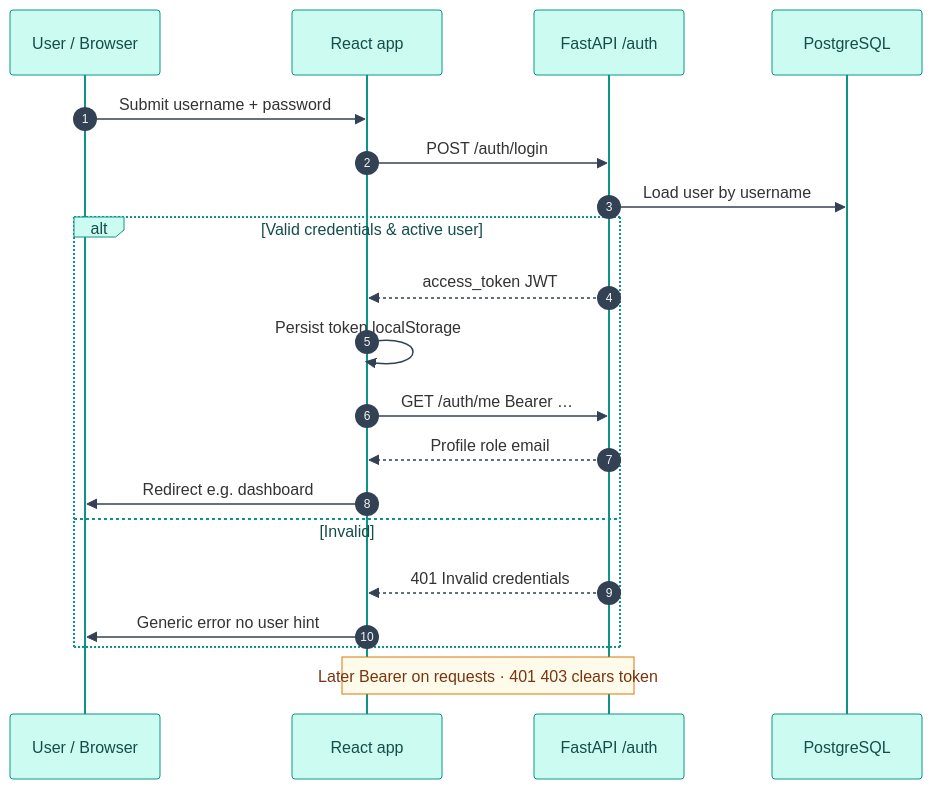
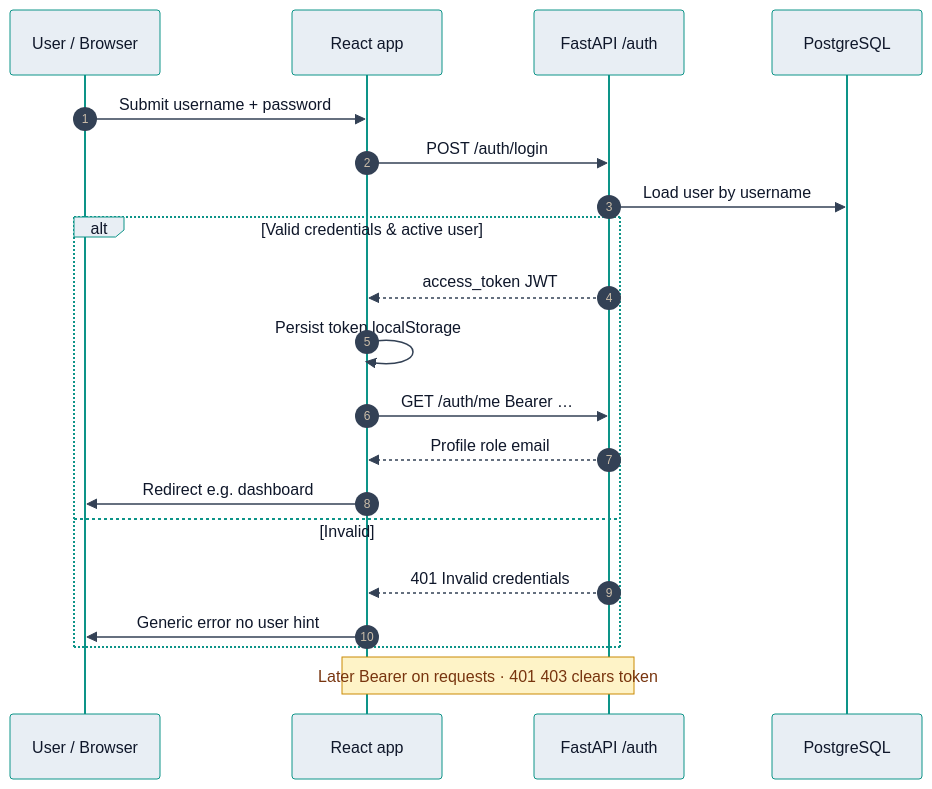
One commit to dhanyakini/PharmAI-Chain changed the second of 7 diagrams in docs/FLOWCHARTS.md. Above: the diagram before and after it, drawn with Mermaid. The commit also changed other lines of this file and 1 other file, not shown here.

Commit message:
Update FLOWCHARTS.md and mermaid-config.json to standardize color palette and improve diagram styling for better visual consistency

````diff
--- a/docs/FLOWCHARTS.md
+++ b/docs/FLOWCHARTS.md
@@ -55,25 +57,25 @@
 ```mermaid
-%%{init: {'theme':'base','themeVariables':{'primaryColor':'#0d9488','actorBkg':'#ccfbf1','actorBorder':'#0d9488','actorTextColor':'#134e4a','noteBkgColor':'#fffbeb','noteTextColor':'#78350f','noteBorderColor':'#d97706','signalColor':'#334155','fontFamily':'ui-sans-serif, system-ui, sans-serif'},'sequence':{'actorFontSize':15,'messageFontSize':14,'boxMargin':10}}}%%
+%%{init: {'theme':'base','themeVariables':{'fontFamily':'ui-sans-serif, system-ui, sans-serif','fontSize':'15px','actorBkg':'#e8eef4','actorBorder':'#0d9488','actorTextColor':'#0f172a','actorLineColor':'#0d9488','signalColor':'#334155','signalTextColor':'#0f172a','labelBoxBkgColor':'#e8eef4','labelBoxBorderColor':'#0d9488','labelTextColor':'#0f172a','loopTextColor':'#0f172a','noteBkgColor':'#fef3c7','noteTextColor':'#78350f','noteBorderColor':'#ca8a04','textColor':'#0f172a','lineColor':'#334155'},'sequence':{'actorFontSize':15,'messageFontSize':14,'boxMargin':10}}}%%
 sequenceDiagram
   autonumber
   participant U as User / Browser
   participant SPA as React app
   participant API as FastAPI /auth
   participant DB as PostgreSQL
 
   U->>SPA: Submit username + password
   SPA->>API: POST /auth/login
   API->>DB: Load user by username
   alt Valid credentials & active user
     API-->>SPA: access_token JWT
     SPA->>SPA: Persist token localStorage
     SPA->>API: GET /auth/me Bearer …
     API-->>SPA: Profile role email
     SPA->>U: Redirect e.g. dashboard
   else Invalid
     API-->>SPA: 401 Invalid credentials
     SPA->>U: Generic error no user hint
   end
 
   Note over SPA,API: Later Bearer on requests · 401 403 clears token
 ```
````
